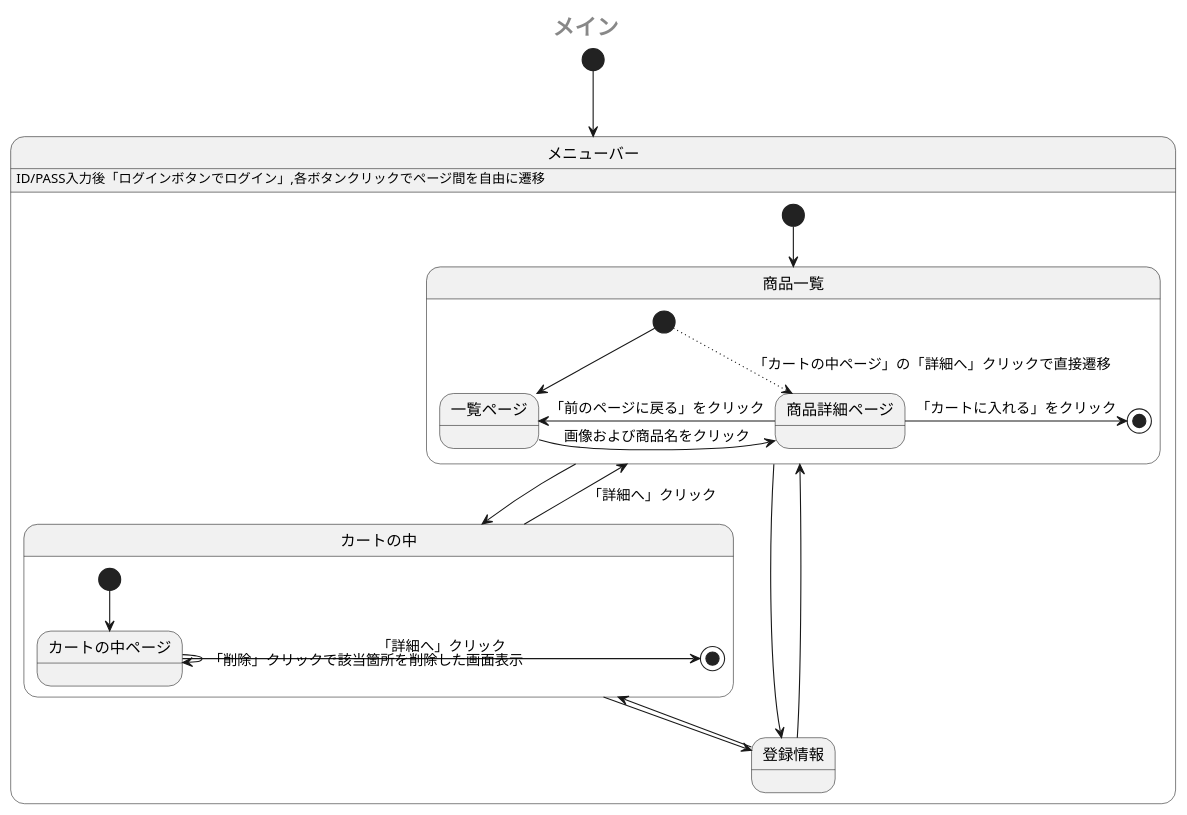
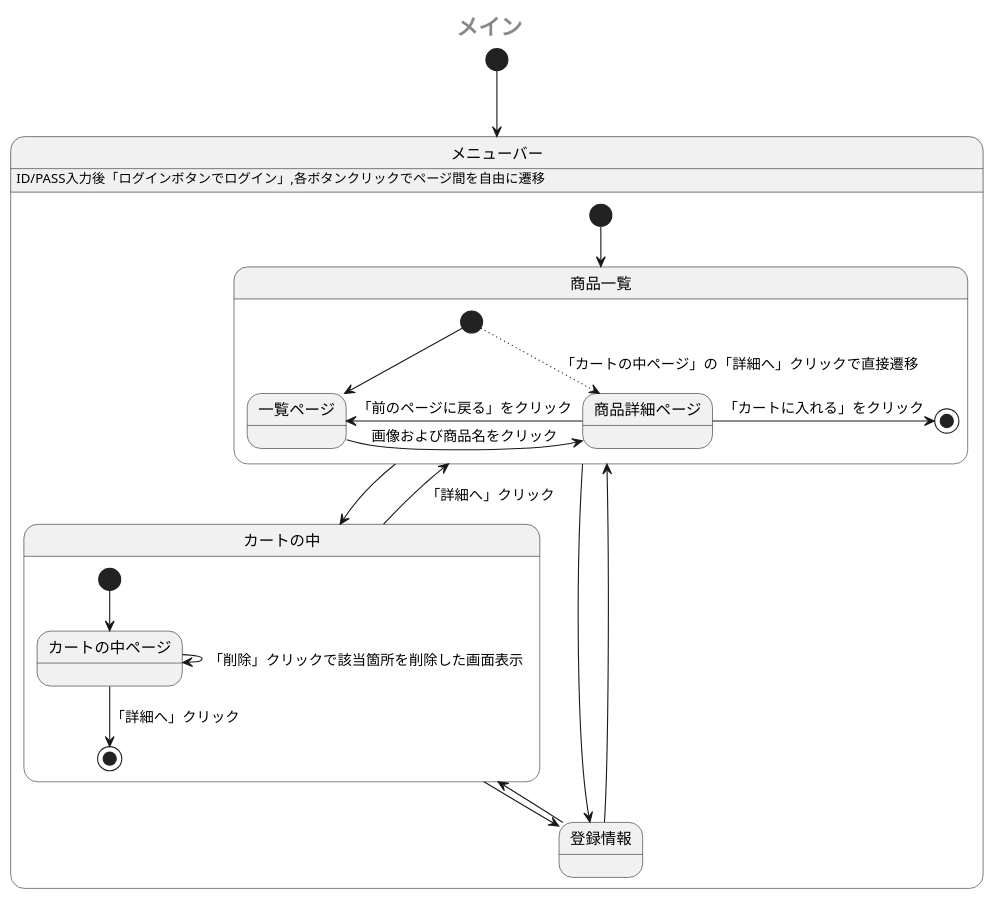
The first of 2 diagrams in sample/StateMachine.md (Aso2001385/2021sys-design), drawn with PlantUML before and after one commit.

````diff
--- a/sample/StateMachine.md
+++ b/sample/StateMachine.md
@@ -1,35 +1,35 @@
 ```uml
 @startuml
  center header <size:20><b>メイン</b></size>
  [*] --> メニューバー
  state メニューバー {
    メニューバー: ID/PASS入力後「ログインボタンでログイン」,各ボタンクリックでページ間を自由に遷移
    [*] --> 商品一覧
    state 商品一覧 {
     [*] --> 一覧ページ
     [*] -[dotted]-> 商品詳細ページ: 「カートの中ページ」の「詳細へ」クリックで直接遷移
     一覧ページ -right-> 商品詳細ページ: 画像および商品名をクリック
     商品詳細ページ -left-> 一覧ページ: 「前のページに戻る」をクリック
     商品詳細ページ -right-> [*]: 「カートに入れる」をクリック
     
    }
    商品一覧 -down-> カートの中
    state カートの中 {
     [*] --> カートの中ページ
-    カートの中ページ -right-> [*]:「詳細へ」クリック
-    カートの中ページ -down-> カートの中ページ: 「削除」クリックで該当箇所を削除した画面表示
+    カートの中ページ --> [*]:「詳細へ」クリック
+    カートの中ページ -right-> カートの中ページ: 「削除」クリックで該当箇所を削除した画面表示
     カートの中ページ -[hidden]-> カートの中ページ
    }
    カートの中 -up-> 商品一覧:「詳細へ」クリック
    カートの中 -down-> 登録情報
    登録情報 -up-> カートの中
    商品一覧 -right-> 登録情報
    商品一覧 -[hidden]> 登録情報
    登録情報 -left-> 商品一覧
    登録情報 -[hidden]> 商品一覧
    
 
  }
  
 @enduml
 ```
````
